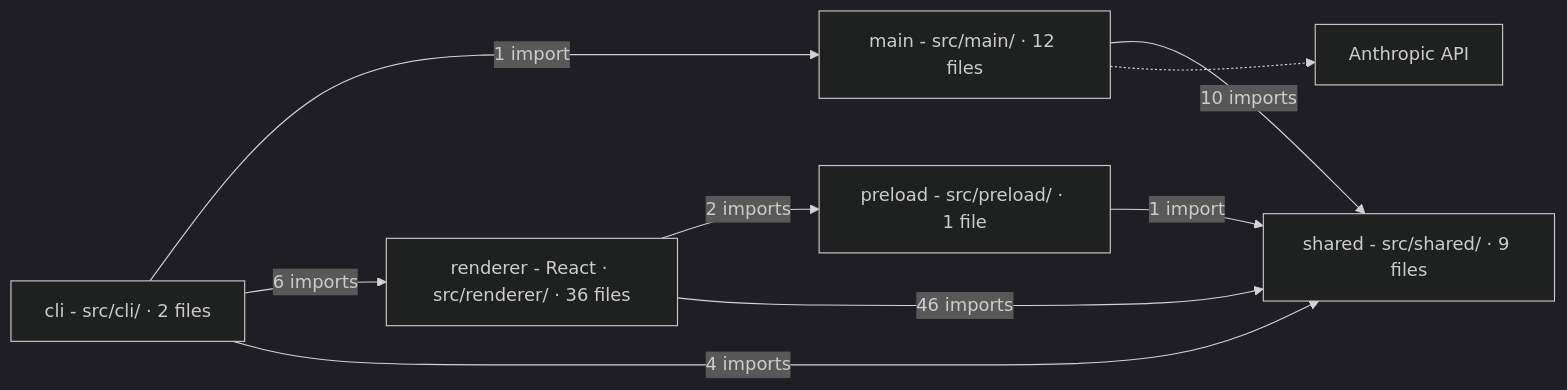
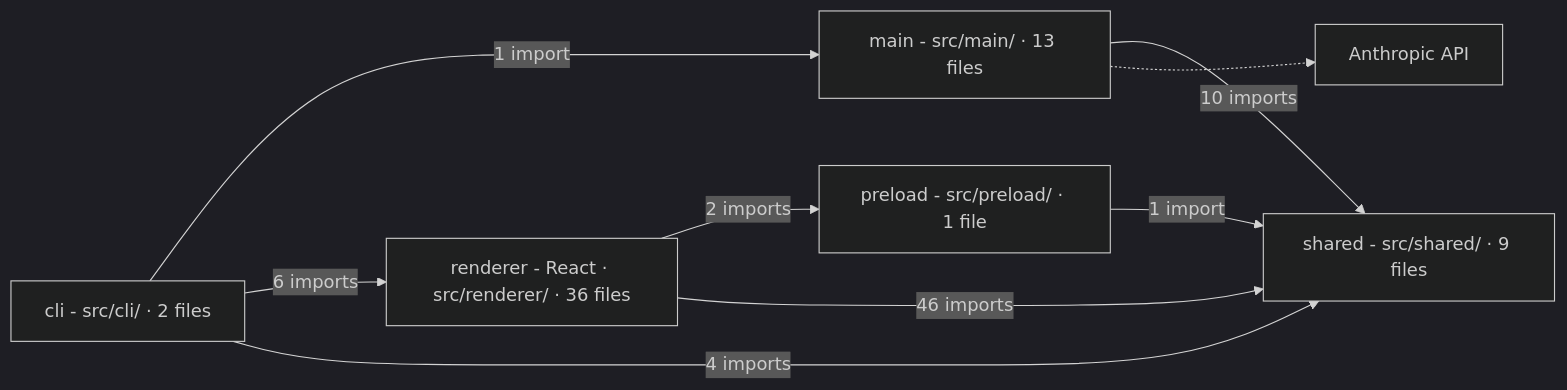
The diagram in docs/architecture.md (Sarthak-47/crtgrphr), drawn with Mermaid (dark theme) before and after one commit. The commit also changed 13 other files, not shown here.

````diff
--- a/docs/architecture.md
+++ b/docs/architecture.md
@@ -3,20 +3,20 @@
 ```mermaid
 flowchart LR
   dir_src_cli["cli - src/cli/ · 2 files"]
-  dir_src_main["main - src/main/ · 12 files"]
+  dir_src_main["main - src/main/ · 13 files"]
   dir_src_preload["preload - src/preload/ · 1 file"]
   dir_src_renderer["renderer - React · src/renderer/ · 36 files"]
   dir_src_shared["shared - src/shared/ · 9 files"]
   anthropic_api["Anthropic API"]
   dir_src_cli -->|"1 import"| dir_src_main
   dir_src_cli -->|"6 imports"| dir_src_renderer
   dir_src_cli -->|"4 imports"| dir_src_shared
   dir_src_main -->|"10 imports"| dir_src_shared
   dir_src_preload -->|"1 import"| dir_src_shared
   dir_src_renderer -->|"2 imports"| dir_src_preload
   dir_src_renderer -->|"46 imports"| dir_src_shared
   dir_src_main -.-> anthropic_api
   class dir_src_cli,dir_src_main,dir_src_preload,dir_src_shared backend
   class dir_src_renderer frontend
   class anthropic_api service
 ```
````
